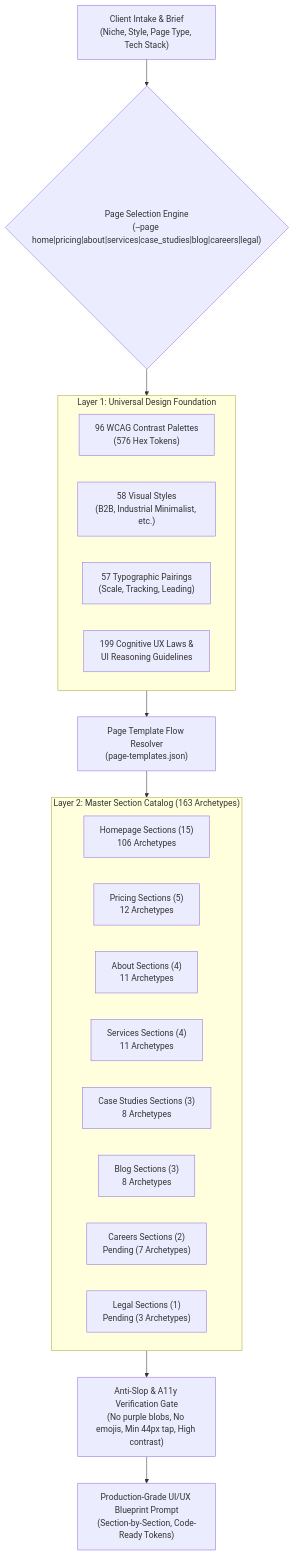
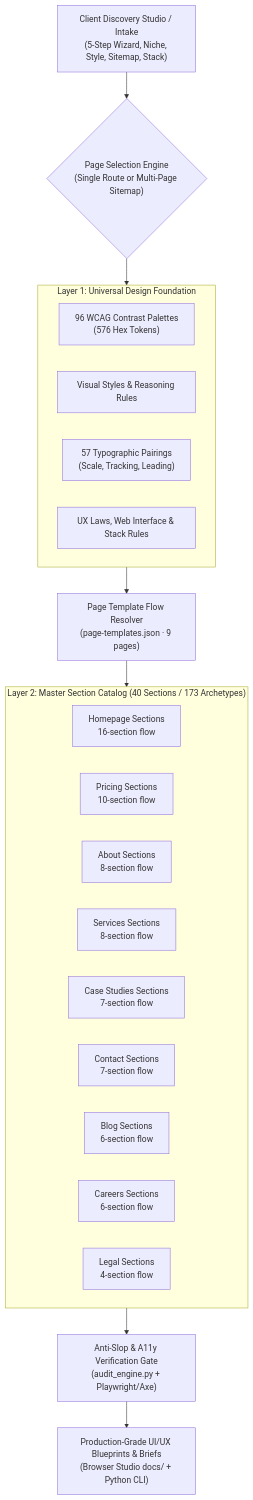
One commit to fahadrahman444/uiux-kit changed the diagram in MULTIPAGE_IMPLEMENTATION_PLAN.md. Above: the diagram before and after it, drawn with Mermaid. The commit also changed other lines of this file and 11 other files, not shown here.

Commit message:
Redesign studio with 5-step dual-layer discovery, View Transitions, and updated docs

````diff
--- a/MULTIPAGE_IMPLEMENTATION_PLAN.md
+++ b/MULTIPAGE_IMPLEMENTATION_PLAN.md
@@ -15,29 +15,30 @@
 ```mermaid
 flowchart TD
-    ClientIntake["Client Intake & Brief\n(Niche, Style, Page Type, Tech Stack)"] --> PageRouter{"Page Selection Engine\n(--page home|pricing|about|services|case_studies|blog|careers|legal)"}
+    ClientIntake["Client Discovery Studio / Intake\n(5-Step Wizard, Niche, Style, Sitemap, Stack)"] --> PageRouter{"Page Selection Engine\n(Single Route or Multi-Page Sitemap)"}
     
     subgraph DataFoundation ["Layer 1: Universal Design Foundation"]
         Palettes["96 WCAG Contrast Palettes\n(576 Hex Tokens)"]
-        Styles["58 Visual Styles\n(B2B, Industrial Minimalist, etc.)"]
+        Styles["Visual Styles & Reasoning Rules"]
         Typography["57 Typographic Pairings\n(Scale, Tracking, Leading)"]
-        Rules["199 Cognitive UX Laws &\nUI Reasoning Guidelines"]
+        Rules["UX Laws, Web Interface & Stack Rules"]
     end
     
     PageRouter --> DataFoundation
-    DataFoundation --> FlowResolver["Page Template Flow Resolver\n(page-templates.json)"]
+    DataFoundation --> FlowResolver["Page Template Flow Resolver\n(page-templates.json · 9 pages)"]
     
-    subgraph SectionCatalog ["Layer 2: Master Section Catalog (163 Archetypes)"]
-        HomeSecs["Homepage Sections (15)\n106 Archetypes"]
-        PricingSecs["Pricing Sections (5)\n12 Archetypes"]
-        AboutSecs["About Sections (4)\n11 Archetypes"]
-        ServicesSecs["Services Sections (4)\n11 Archetypes"]
-        CaseSecs["Case Studies Sections (3)\n8 Archetypes"]
-        BlogSecs["Blog Sections (3)\n8 Archetypes"]
-        CareersSecs["Careers Sections (2)\nPending (7 Archetypes)"]
-        LegalSecs["Legal Sections (1)\nPending (3 Archetypes)"]
+    subgraph SectionCatalog ["Layer 2: Master Section Catalog (40 Sections / 173 Archetypes)"]
+        HomeSecs["Homepage Sections\n16-section flow"]
+        PricingSecs["Pricing Sections\n10-section flow"]
+        AboutSecs["About Sections\n8-section flow"]
+        ServicesSecs["Services Sections\n8-section flow"]
+        CaseSecs["Case Studies Sections\n7-section flow"]
+        ContactSecs["Contact Sections\n7-section flow"]
+        BlogSecs["Blog Sections\n6-section flow"]
+        CareersSecs["Careers Sections\n6-section flow"]
+        LegalSecs["Legal Sections\n4-section flow"]
     end
     
     FlowResolver --> SectionCatalog
-    SectionCatalog --> Gatekeeper["Anti-Slop & A11y Verification Gate\n(No purple blobs, No emojis, Min 44px tap, High contrast)"]
-    Gatekeeper --> FinalOutput["Production-Grade UI/UX Blueprint Prompt\n(Section-by-Section, Code-Ready Tokens)"]
+    SectionCatalog --> Gatekeeper["Anti-Slop & A11y Verification Gate\n(audit_engine.py + Playwright/Axe)"]
+    Gatekeeper --> FinalOutput["Production-Grade UI/UX Blueprints & Briefs\n(Browser Studio docs/ + Python CLI)"]
 ```
````
